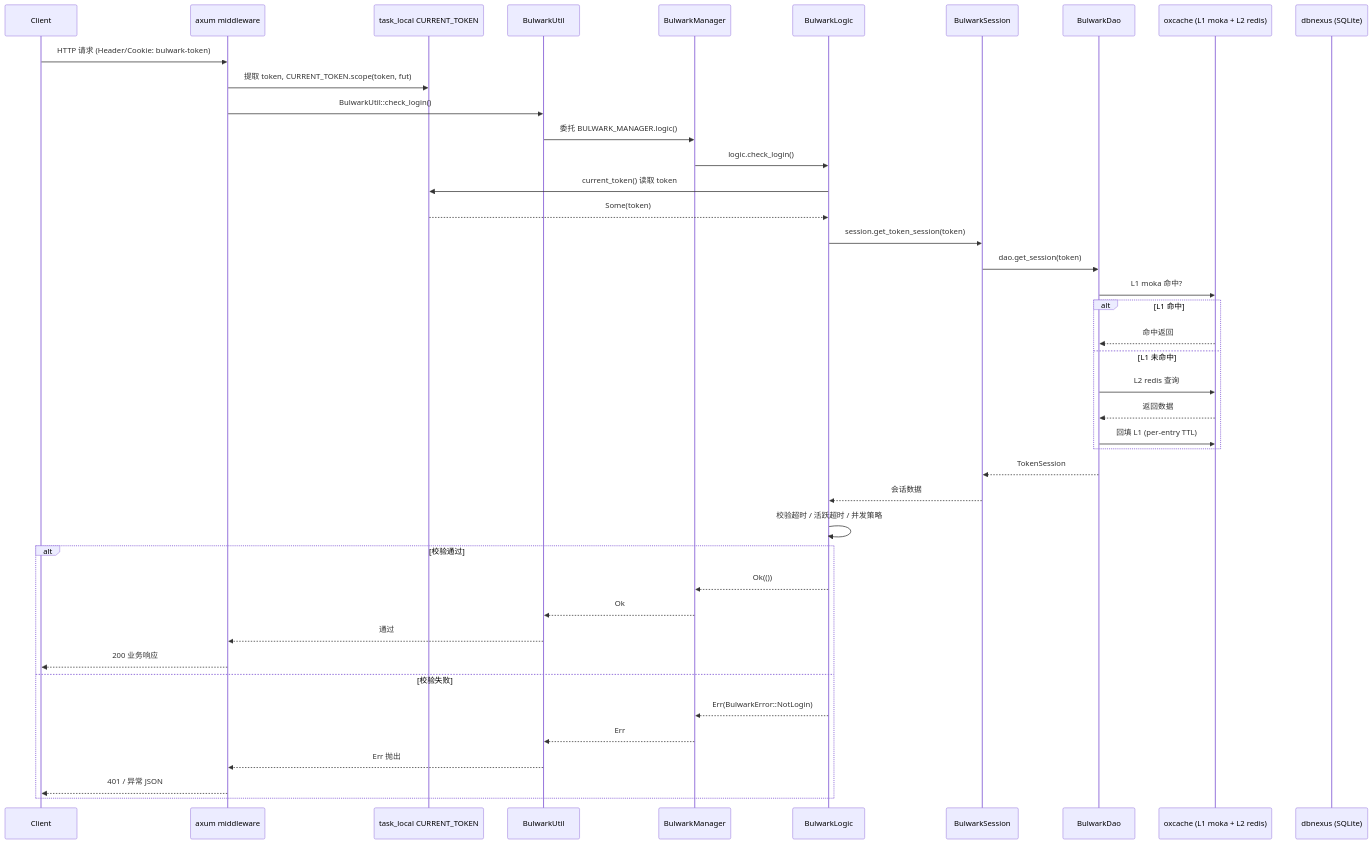
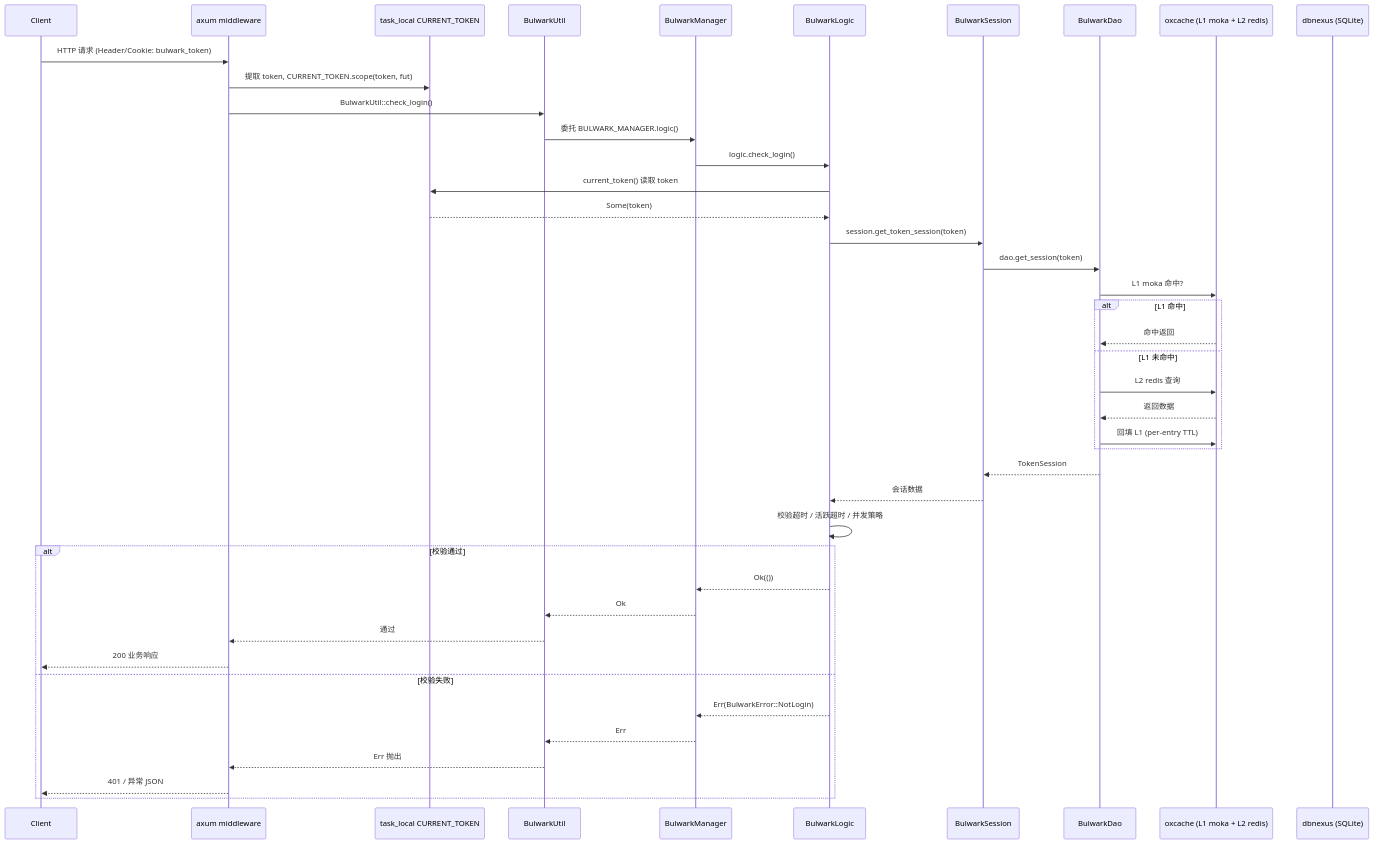
One commit to Kirky-X/garrison changed the third of 3 diagrams in docs/architecture.md. Above: the diagram before and after it, drawn with Mermaid. The commit also changed other lines of this file and 7 other files, not shown here.

````diff
--- a/docs/architecture.md
+++ b/docs/architecture.md
@@ -170,45 +182,45 @@
 ```mermaid
 sequenceDiagram
     participant C as Client
     participant AX as axum middleware
     participant TL as task_local CURRENT_TOKEN
-    participant U as BulwarkUtil
-    participant M as BulwarkManager
-    participant L as BulwarkLogic
-    participant S as BulwarkSession
-    participant D as BulwarkDao
+    participant BU as BulwarkUtil
+    participant BM as BulwarkManager
+    participant BL as BulwarkLogic
+    participant BS as BulwarkSession
+    participant BD as BulwarkDao
     participant OC as oxcache (L1 moka + L2 redis)
     participant DB as dbnexus (SQLite)
 
-    C->>AX: HTTP 请求 (Header/Cookie: bulwark-token)
+    C->>AX: HTTP 请求 (Header/Cookie: bulwark_token)
     AX->>TL: 提取 token, CURRENT_TOKEN.scope(token, fut)
-    AX->>U: BulwarkUtil::check_login()
-    U->>M: 委托 BULWARK_MANAGER.logic()
-    M->>L: logic.check_login()
-    L->>TL: current_token() 读取 token
-    TL-->>L: Some(token)
-    L->>S: session.get_token_session(token)
-    S->>D: dao.get_session(token)
-    D->>OC: L1 moka 命中?
+    AX->>BU: BulwarkUtil::check_login()
+    BU->>BM: 委托 BULWARK_MANAGER.logic()
+    BM->>BL: logic.check_login()
+    BL->>TL: current_token() 读取 token
+    TL-->>BL: Some(token)
+    BL->>BS: session.get_token_session(token)
+    BS->>BD: dao.get_session(token)
+    BD->>OC: L1 moka 命中?
     alt L1 命中
-        OC-->>D: 命中返回
+        OC-->>BD: 命中返回
     else L1 未命中
-        D->>OC: L2 redis 查询
-        OC-->>D: 返回数据
-        D->>OC: 回填 L1 (per-entry TTL)
+        BD->>OC: L2 redis 查询
+        OC-->>BD: 返回数据
+        BD->>OC: 回填 L1 (per-entry TTL)
     end
-    D-->>S: TokenSession
-    S-->>L: 会话数据
-    L->>L: 校验超时 / 活跃超时 / 并发策略
+    BD-->>BS: TokenSession
+    BS-->>BL: 会话数据
+    BL->>BL: 校验超时 / 活跃超时 / 并发策略
     alt 校验通过
-        L-->>M: Ok(())
-        M-->>U: Ok
-        U-->>AX: 通过
+        BL-->>BM: Ok(())
+        BM-->>BU: Ok
+        BU-->>AX: 通过
         AX-->>C: 200 业务响应
     else 校验失败
-        L-->>M: Err(BulwarkError::NotLogin)
-        M-->>U: Err
-        U-->>AX: Err 抛出
+        BL-->>BM: Err(BulwarkError::NotLogin)
+        BM-->>BU: Err
+        BU-->>AX: Err 抛出
         AX-->>C: 401 / 异常 JSON
     end
 ```
````
